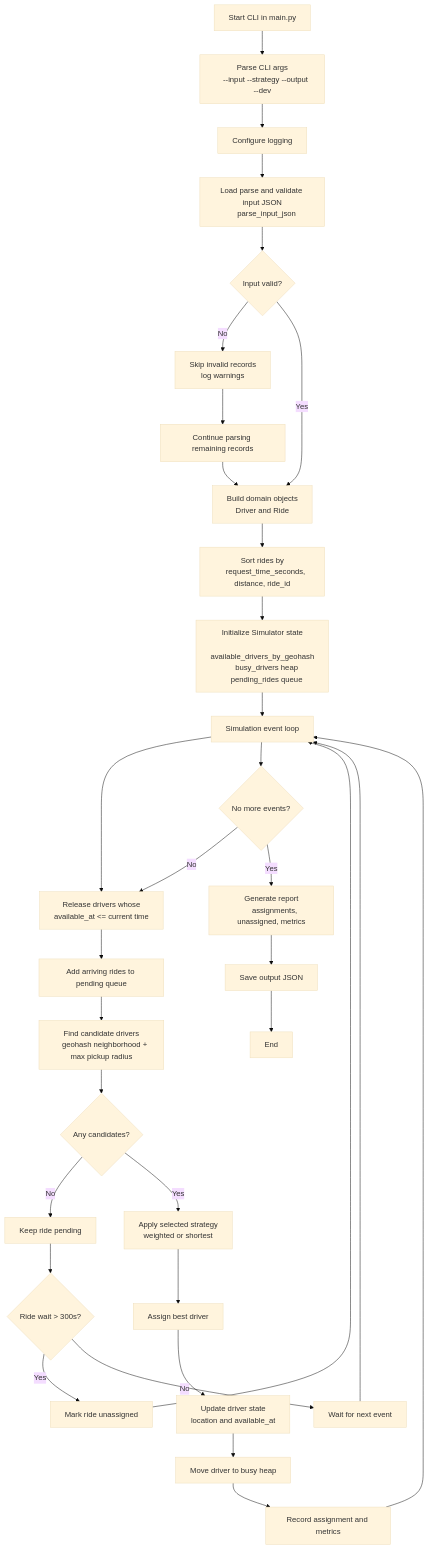
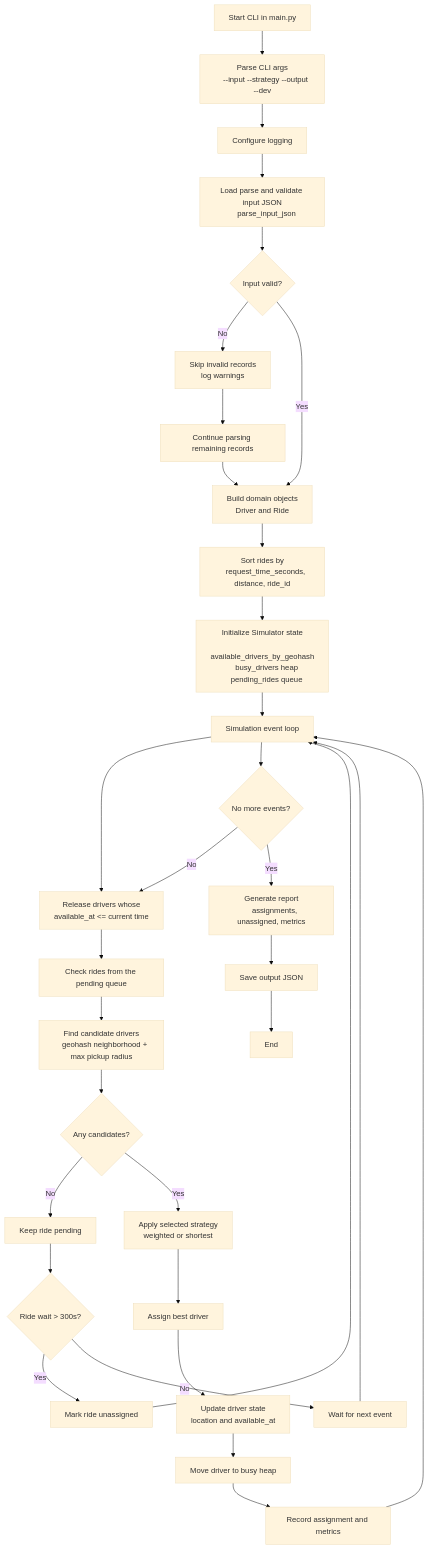
The diagram in SYSTEM_FLOWCHART.md (FridiT/ride-share-simulator_), drawn with Mermaid (base theme) before and after one commit.

````diff
--- a/SYSTEM_FLOWCHART.md
+++ b/SYSTEM_FLOWCHART.md
@@ -5,56 +5,56 @@
 ```mermaid
 flowchart TD
     A[Start CLI in main.py] --> B[Parse CLI args
     --input --strategy --output --dev]
     B --> C[Configure logging]
     C --> D[Load parse and validate input JSON
     parse_input_json]
 
     D --> E{Input valid?}
     E -- No --> F[Skip invalid records
     log warnings]
     F --> G[Continue parsing remaining records]
     G --> H[Build domain objects
     Driver and Ride]
     E -- Yes --> H
 
     H --> I[Sort rides by
     request_time_seconds, distance, ride_id]
     I --> J[Initialize Simulator state
     available_drivers_by_geohash
     busy_drivers heap
     pending_rides queue]
 
     J --> K[Simulation event loop]
 
     K --> L[Release drivers whose
     available_at <= current time]
-    L --> M[Add arriving rides to pending queue]
+    L --> M[Check rides from the pending queue]
     M --> N[Find candidate drivers
     geohash neighborhood + max pickup radius]
 
     N --> O{Any candidates?}
     O -- No --> P[Keep ride pending]
     P --> Q{Ride wait > 300s?}
     Q -- Yes --> R[Mark ride unassigned]
     Q -- No --> S[Wait for next event]
     S --> K
 
     O -- Yes --> T[Apply selected strategy
     weighted or shortest]
     T --> U[Assign best driver]
     U --> V[Update driver state
     location and available_at]
     V --> W[Move driver to busy heap]
     W --> X[Record assignment and metrics]
     X --> K
 
     R --> K
 
     K --> Y{No more events?}
     Y -- No --> L
     Y -- Yes --> Z[Generate report
     assignments, unassigned, metrics]
     Z --> AA[Save output JSON]
     AA --> AB[End]
 ```
````
